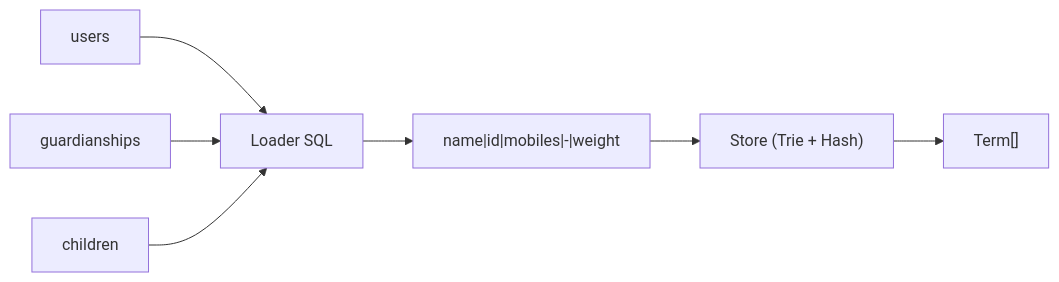
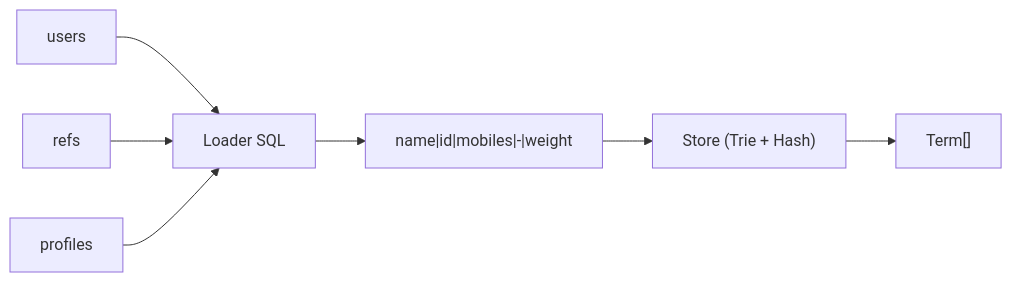
Before and after one commit to FangcunMount/iam: the second of 4 diagrams in docs/02-业务域/04-suggest-儿童联想搜索.md, drawn with Mermaid. The commit also changed other lines of this file and 216 other files, not shown here.

````diff
--- a/docs/02-业务域/04-suggest-儿童联想搜索.md
+++ b/docs/02-业务域/04-suggest-儿童联想搜索.md
@@ -83,15 +83,15 @@
 ```mermaid
 flowchart LR
   Users["users"]
-  Guards["guardianships"]
-  Children["children"]
+  Guards["refs"]
+  Profiles["profiles"]
   SQL["Loader SQL"]
   Line["name|id|mobiles|-|weight"]
   Store["Store (Trie + Hash)"]
   Term["Term[]"]
 
   Users --> SQL
   Guards --> SQL
-  Children --> SQL
+  Profiles --> SQL
   SQL --> Line --> Store --> Term
 ```
````
